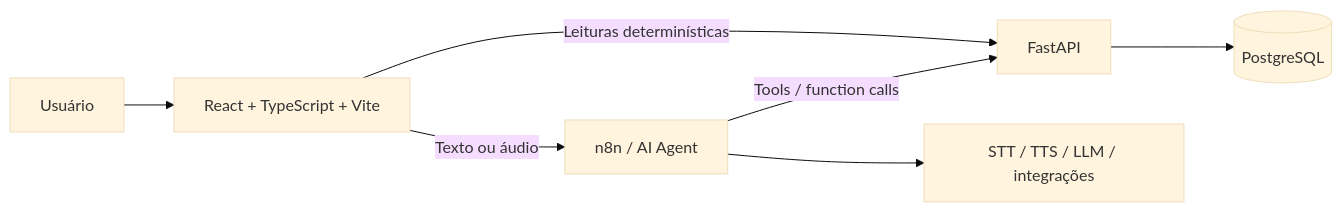
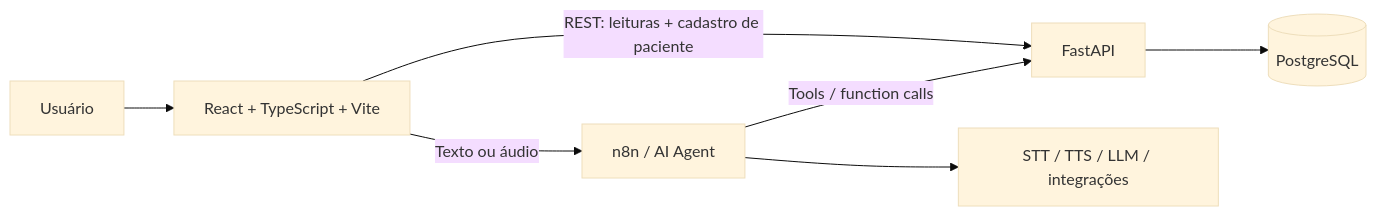
Before and after one commit to iansaft/essentia_ai_medical_scheduling_assistant: the second of 10 diagrams in docs/web-application.md, drawn with Mermaid (base theme). The commit also changed other lines of this file and 12 other files, not shown here.

First line of the commit message:
docs: align docs with patient creation and add n8n workflow architecture

````diff
--- a/docs/web-application.md
+++ b/docs/web-application.md
@@ -332,12 +345,12 @@
 ```mermaid
 flowchart LR
     U[Usuário] --> W[React + TypeScript + Vite]
 
     W -->|Texto ou áudio| N[n8n / AI Agent]
-    W -->|Leituras determinísticas| A[FastAPI]
+    W -->|REST: leituras + cadastro de paciente| A[FastAPI]
 
     N -->|Tools / function calls| A
     A --> D[(PostgreSQL)]
 
     N --> X[STT / TTS / LLM / integrações]
 ```
````
